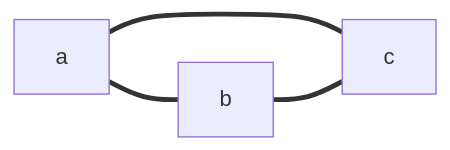
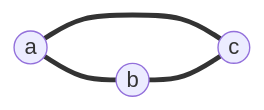
One commit to hclimente/hclimente.github.io changed the second of 3 diagrams in _posts/2025-01-23-graphs-basics.md. Above: the diagram before and after it, drawn with Mermaid. The commit also changed other lines of this file and 1 other file, not shown here.

````diff
--- a/_posts/2025-01-23-graphs-basics.md
+++ b/_posts/2025-01-23-graphs-basics.md
@@ -52,12 +52,16 @@
   ```mermaid
   ---
   config:
   layout: elk
   look: handDrawn
   ---
   graph LR
 
-      a === b
-      a === c
-      b === c
+      vertex_a((a))
+      vertex_b((b))
+      vertex_c((c))
+
+      vertex_a === vertex_b
+      vertex_a === vertex_c
+      vertex_b === vertex_c
   ```
````
